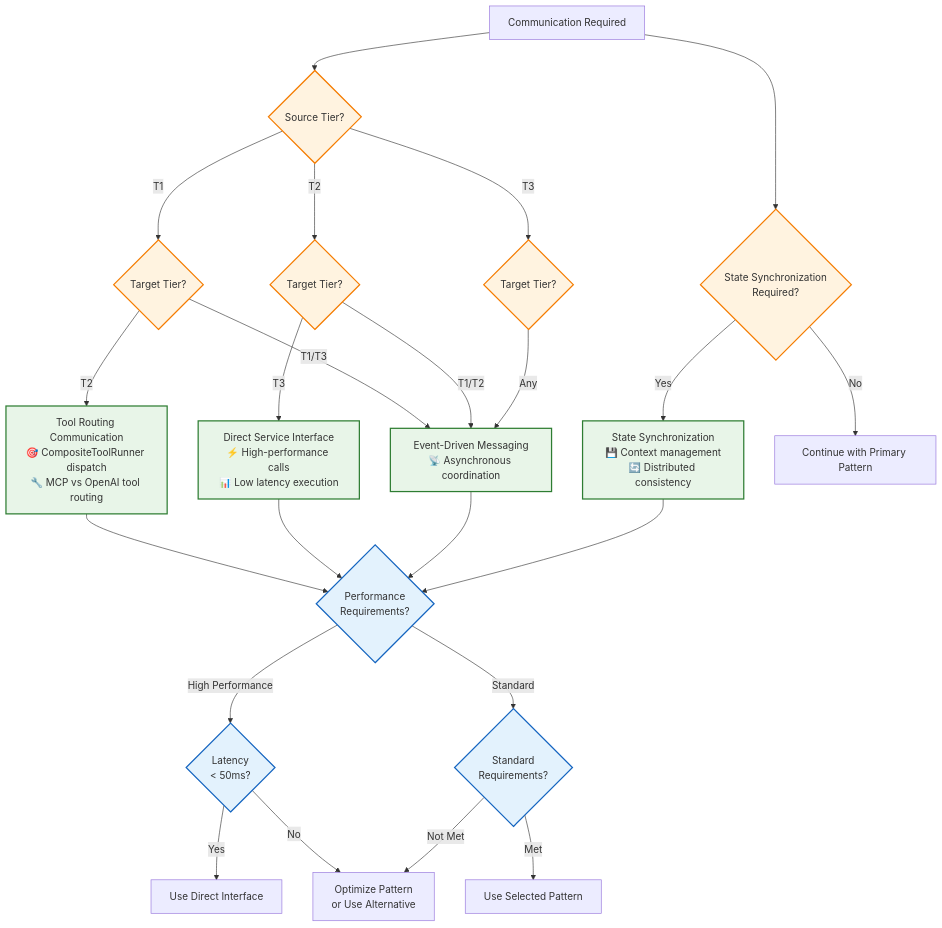
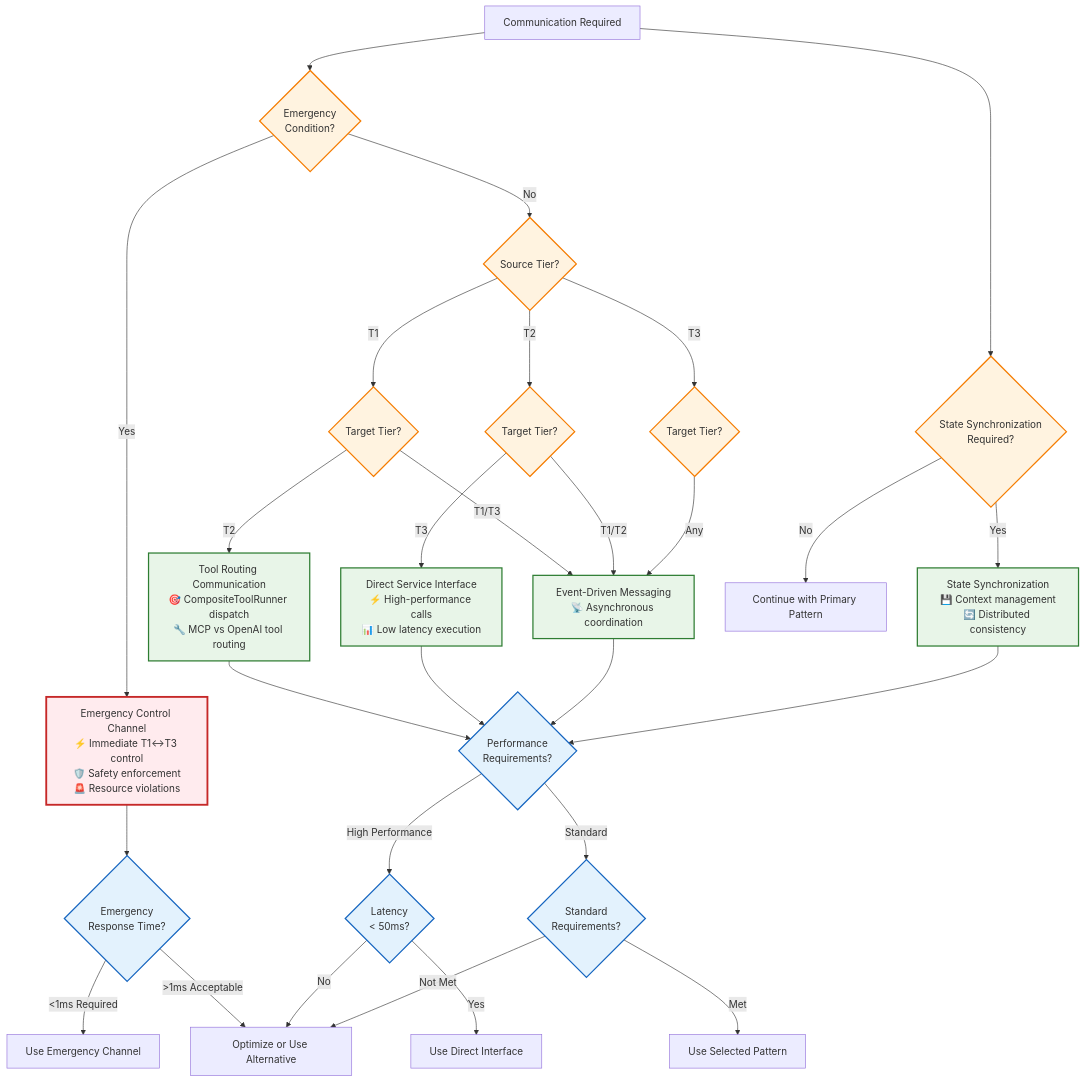
The second of 3 diagrams in docs/architecture/execution/communication/communication-patterns.md (Vrooli/Vrooli), drawn with Mermaid before and after one commit. The commit also changed other lines of this file and 10 other files, not shown here.

````diff
--- a/docs/architecture/execution/communication/communication-patterns.md
+++ b/docs/architecture/execution/communication/communication-patterns.md
@@ -59,44 +91,53 @@
 ```mermaid
 flowchart TD
-    Start[Communication Required] --> SourceTier{Source Tier?}
+    Start[Communication Required] --> Emergency{Emergency<br/>Condition?}
+    Emergency -->|Yes| EmergencyPattern[Emergency Control Channel<br/>⚡ Immediate T1↔T3 control<br/>🛡️ Safety enforcement<br/>🚨 Resource violations]
+    
+    Emergency -->|No| SourceTier{Source Tier?}
     
     SourceTier -->|T1| TargetT1{Target Tier?}
     SourceTier -->|T2| TargetT2{Target Tier?}
     SourceTier -->|T3| TargetT3{Target Tier?}
     
     TargetT1 -->|T2| ToolPattern[Tool Routing Communication<br/>🎯 CompositeToolRunner dispatch<br/>🔧 MCP vs OpenAI tool routing]
     TargetT1 -->|T1/T3| EventPattern[Event-Driven Messaging<br/>📡 Asynchronous coordination]
     
     TargetT2 -->|T3| DirectPattern[Direct Service Interface<br/>⚡ High-performance calls<br/>📊 Low latency execution]
     TargetT2 -->|T1/T2| EventPattern
     
     TargetT3 -->|Any| EventPattern
     
     %% State synchronization decision
     Start --> StateNeeded{State Synchronization<br/>Required?}
     StateNeeded -->|Yes| StatePattern[State Synchronization<br/>💾 Context management<br/>🔄 Distributed consistency]
     StateNeeded -->|No| Continue[Continue with Primary Pattern]
     
     %% Performance requirements
     ToolPattern --> PerformanceCheck{Performance<br/>Requirements?}
     DirectPattern --> PerformanceCheck
     EventPattern --> PerformanceCheck
     StatePattern --> PerformanceCheck
+    EmergencyPattern --> EmergencyValidation{Emergency<br/>Response Time?}
     
     PerformanceCheck -->|High Performance| ValidateLatency{Latency<br/>< 50ms?}
     PerformanceCheck -->|Standard| ValidateStandard{Standard<br/>Requirements?}
     
+    EmergencyValidation -->|<1ms Required| UseEmergency[Use Emergency Channel]
+    EmergencyValidation -->|>1ms Acceptable| OptimizePattern[Optimize or Use Alternative]
+    
     ValidateLatency -->|Yes| UseDirect[Use Direct Interface]
-    ValidateLatency -->|No| OptimizePattern[Optimize Pattern<br/>or Use Alternative]
+    ValidateLatency -->|No| OptimizePattern
     
     ValidateStandard -->|Met| UseSelected[Use Selected Pattern]
     ValidateStandard -->|Not Met| OptimizePattern
     
     classDef pattern fill:#e8f5e8,stroke:#2e7d32,stroke-width:2px
+    classDef emergency fill:#ffebee,stroke:#c62828,stroke-width:3px
     classDef decision fill:#fff3e0,stroke:#f57c00,stroke-width:2px
     classDef performance fill:#e3f2fd,stroke:#1565c0,stroke-width:2px
     
     class ToolPattern,DirectPattern,EventPattern,StatePattern pattern
-    class SourceTier,TargetT1,TargetT2,TargetT3,StateNeeded decision
-    class PerformanceCheck,ValidateLatency,ValidateStandard performance
+    class EmergencyPattern emergency
+    class SourceTier,TargetT1,TargetT2,TargetT3,StateNeeded,Emergency decision
+    class PerformanceCheck,ValidateLatency,ValidateStandard,EmergencyValidation performance
 ```
````
